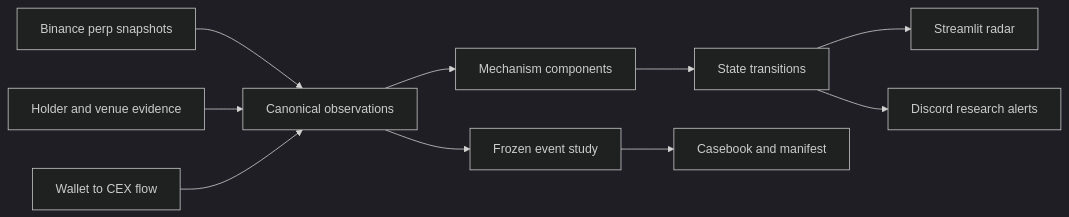
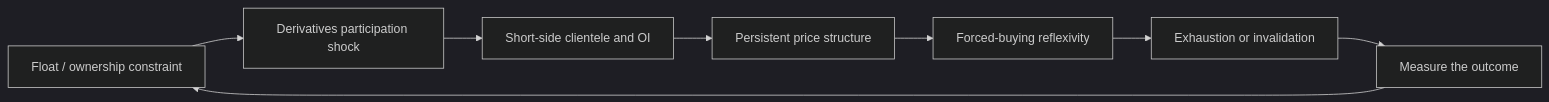
The diagram in README.md (gobrienHFT/crypto_market_structure_scanner), drawn with Mermaid (dark theme) before and after one commit. The commit also changed other lines of this file and 5 other files, not shown here.

````diff
--- a/README.md
+++ b/README.md
@@ -27,12 +19,10 @@
 ```mermaid
 flowchart LR
-    A[Binance perp snapshots] --> B[Canonical observations]
-    C[Holder and venue evidence] --> B
-    D[Wallet to CEX flow] --> B
-    B --> E[Mechanism components]
-    E --> F[State transitions]
-    F --> G[Streamlit radar]
-    F --> H[Discord research alerts]
-    B --> I[Frozen event study]
-    I --> J[Casebook and manifest]
+    A[Float / ownership constraint] --> B[Derivatives participation shock]
+    B --> C[Short-side clientele and OI]
+    C --> D[Persistent price structure]
+    D --> E[Forced-buying reflexivity]
+    E --> F[Exhaustion or invalidation]
+    F --> G[Measure the outcome]
+    G --> A
 ```
````
